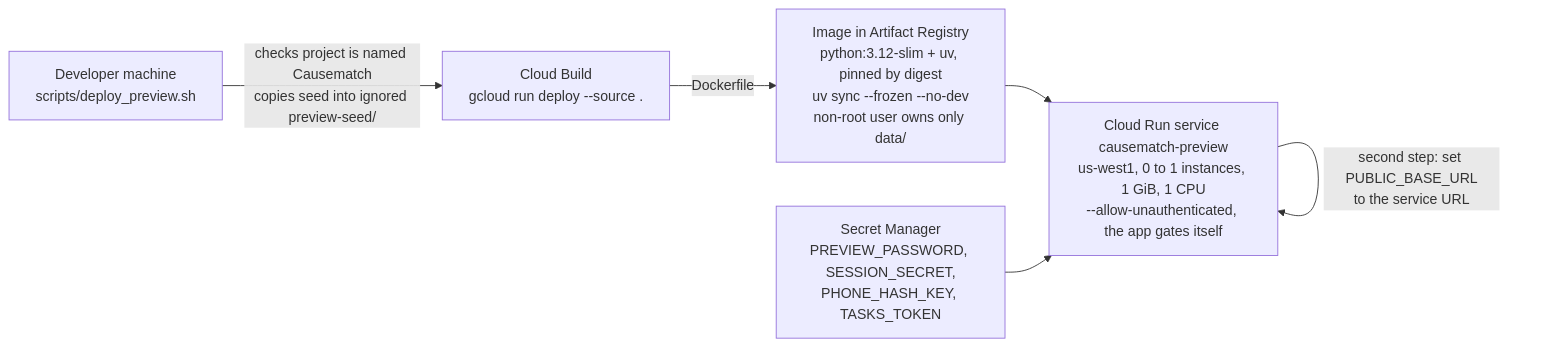
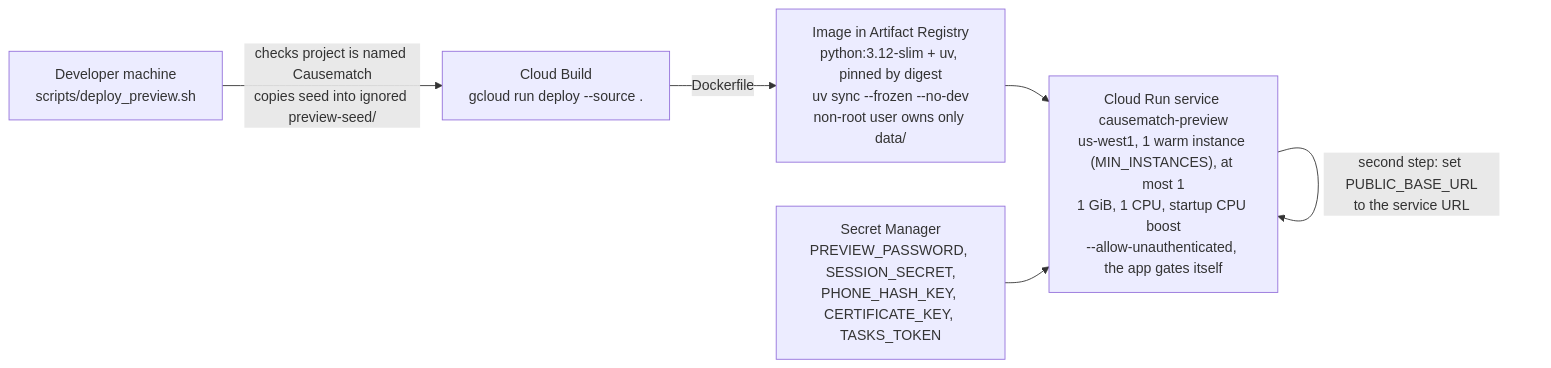
Diagram 25 of 26 in docs/ARCHITECTURE.md (slegroux/causematch), drawn with Mermaid before and after one commit. The commit also changed other lines of this file, not shown here.

First line of the commit message:
Architecture doc: a C4 tour on top, the reference below, up to date with main through #40 (#21)

````diff
--- a/docs/ARCHITECTURE.md
+++ b/docs/ARCHITECTURE.md
@@ -881,8 +1523,8 @@
 ```mermaid
 flowchart LR
     dev["Developer machine<br/>scripts/deploy_preview.sh"] -- "checks project is named Causematch<br/>copies seed into ignored preview-seed/" --> cb["Cloud Build<br/>gcloud run deploy --source ."]
     cb -- "Dockerfile" --> img["Image in Artifact Registry<br/>python:3.12-slim + uv, pinned by digest<br/>uv sync --frozen --no-dev<br/>non-root user owns only data/"]
-    img --> svc["Cloud Run service causematch-preview<br/>us-west1, 0 to 1 instances, 1 GiB, 1 CPU<br/>--allow-unauthenticated, the app gates itself"]
-    sm["Secret Manager<br/>PREVIEW_PASSWORD, SESSION_SECRET,<br/>PHONE_HASH_KEY, TASKS_TOKEN"] --> svc
+    img --> svc["Cloud Run service causematch-preview<br/>us-west1, 1 warm instance (MIN_INSTANCES), at most 1<br/>1 GiB, 1 CPU, startup CPU boost<br/>--allow-unauthenticated, the app gates itself"]
+    sm["Secret Manager<br/>PREVIEW_PASSWORD, SESSION_SECRET,<br/>PHONE_HASH_KEY, CERTIFICATE_KEY, TASKS_TOKEN"] --> svc
     svc -- "second step: set PUBLIC_BASE_URL<br/>to the service URL" --> svc
 ```
````
